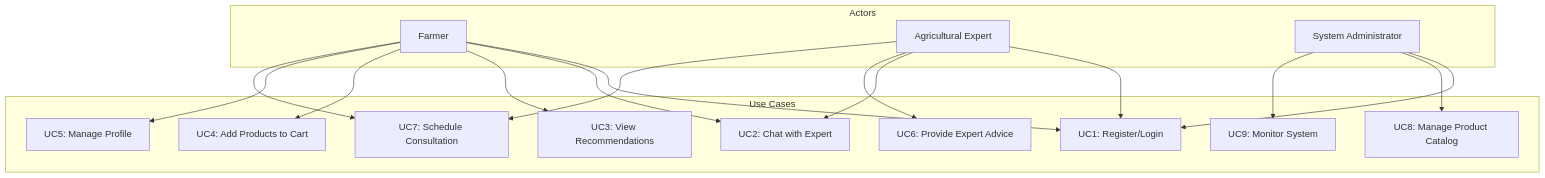
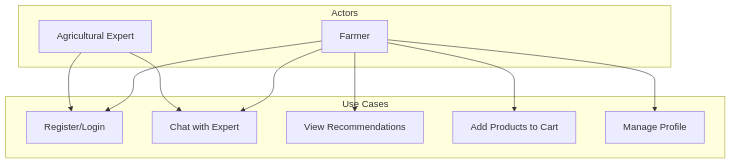
One commit to Gauravkrsah/Cropsay changed the first of 7 diagrams in documentation/digram.md. Above: the diagram before and after it, drawn with Mermaid. The commit also changed other lines of this file, not shown here.

Commit message:
Simplify and clean up system diagrams for better readability

````diff
--- a/documentation/digram.md
+++ b/documentation/digram.md
@@ -9,36 +9,24 @@
 ```mermaid
 graph TD
     subgraph Actors
         Farmer[Farmer]
         Expert[Agricultural Expert]
-        Admin[System Administrator]
     end
     
     subgraph Use Cases
-        UC1[UC1: Register/Login]
-        UC2[UC2: Chat with Expert]
-        UC3[UC3: View Recommendations]
-        UC4[UC4: Add Products to Cart]
-        UC5[UC5: Manage Profile]
-        UC6[UC6: Provide Expert Advice]
-        UC7[UC7: Schedule Consultation]
-        UC8[UC8: Manage Product Catalog]
-        UC9[UC9: Monitor System]
+        UC1[Register/Login]
+        UC2[Chat with Expert]
+        UC3[View Recommendations]
+        UC4[Add Products to Cart]
+        UC5[Manage Profile]
     end
     
     Farmer --> UC1
     Farmer --> UC2
     Farmer --> UC3
     Farmer --> UC4
     Farmer --> UC5
-    Farmer --> UC7
     
     Expert --> UC1
     Expert --> UC2
-    Expert --> UC6
-    Expert --> UC7
-    
-    Admin --> UC1
-    Admin --> UC8
-    Admin --> UC9
 ```
````
